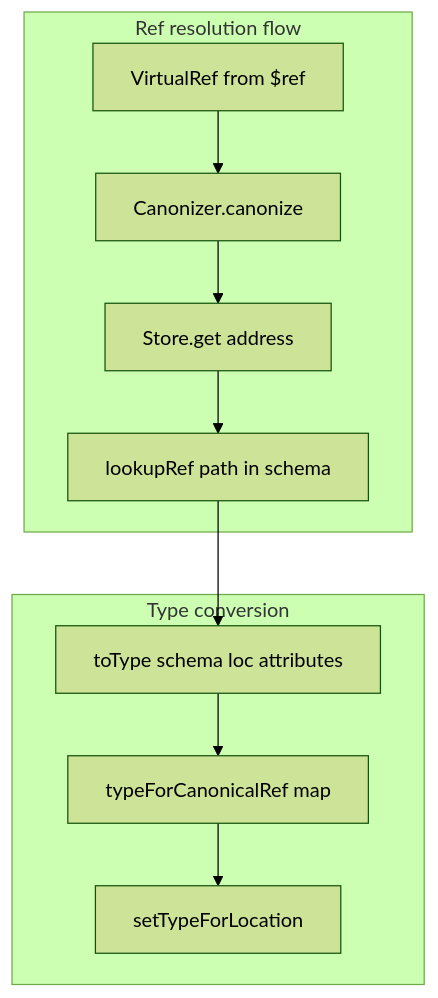
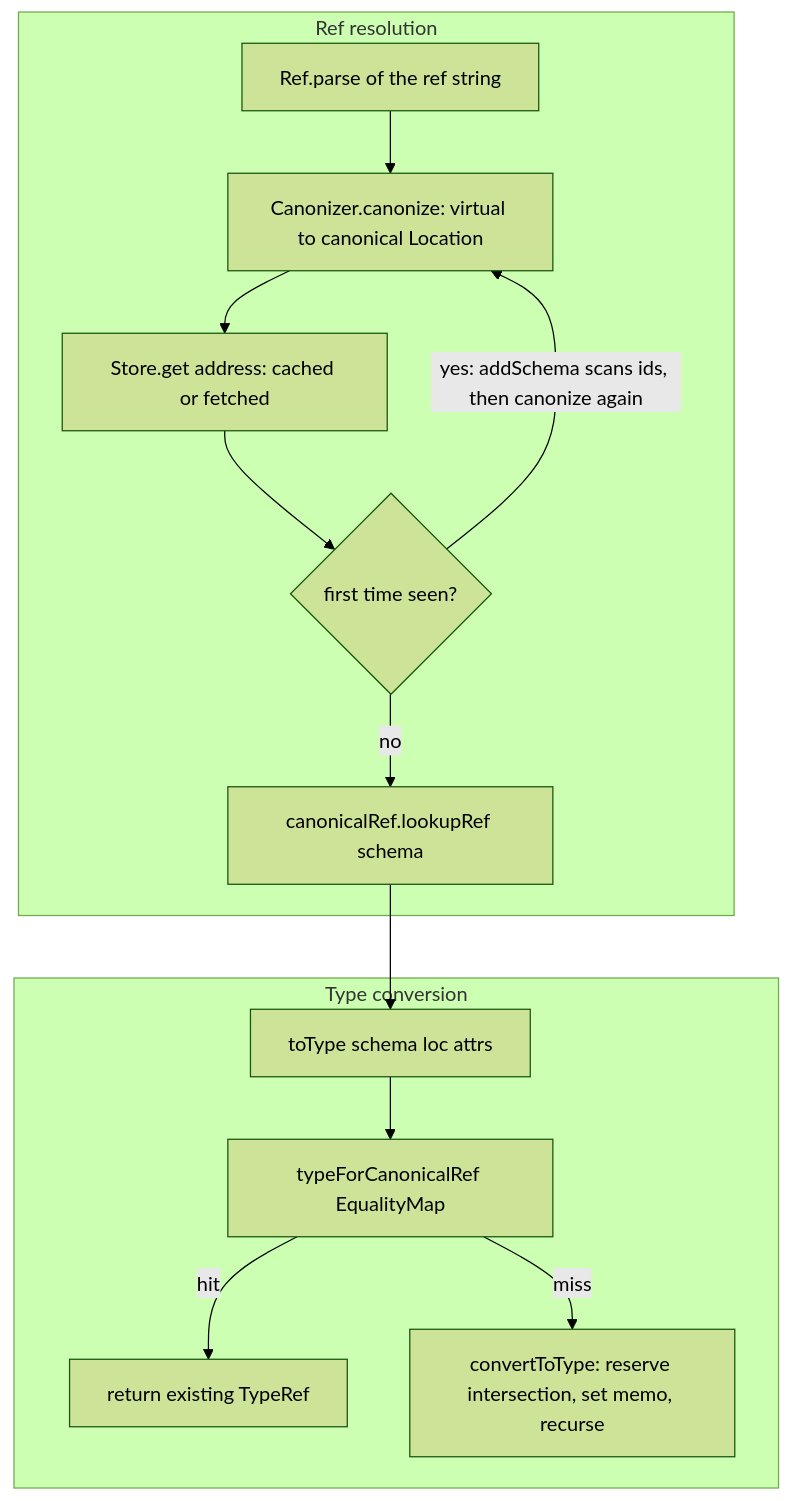
The second of 2 diagrams in research/reports/typescript/glideapps-quicktype.md (goddtriffin/json-schema-rs), drawn with Mermaid (forest theme) before and after one commit. The commit also changed other lines of this file and 51 other files, not shown here.

````diff
--- a/research/reports/typescript/glideapps-quicktype.md
+++ b/research/reports/typescript/glideapps-quicktype.md
@@ -132,19 +119,16 @@
 ```mermaid
 flowchart TB
-  subgraph refFlow [Ref resolution flow]
-    VirtualRef[VirtualRef from $ref]
-    Canonize[Canonizer.canonize]
-    Fetch[Store.get address]
-    Lookup[lookupRef path in schema]
-    VirtualRef --> Canonize
-    Canonize --> Fetch
-    Fetch --> Lookup
+  subgraph refFlow ["Ref resolution"]
+    VirtualRef["Ref.parse of the ref string"] --> Canonize["Canonizer.canonize: virtual to canonical Location"]
+    Canonize --> Fetch["Store.get address: cached or fetched"]
+    Fetch --> NewSchema{"first time seen?"}
+    NewSchema -->|"yes: addSchema scans ids, then canonize again"| Canonize
+    NewSchema -->|no| Lookup["canonicalRef.lookupRef schema"]
   end
-  subgraph typeFlow [Type conversion]
-    ToTypeFn[toType schema loc attributes]
-    TypeForRef[typeForCanonicalRef map]
-    ToTypeFn --> TypeForRef
-    TypeForRef --> SetType[setTypeForLocation]
+  subgraph typeFlow ["Type conversion"]
+    ToTypeFn["toType schema loc attrs"] --> Memo["typeForCanonicalRef EqualityMap"]
+    Memo -->|hit| Reuse["return existing TypeRef"]
+    Memo -->|miss| Convert["convertToType: reserve intersection, set memo, recurse"]
   end
   Lookup --> ToTypeFn
 ```
````
